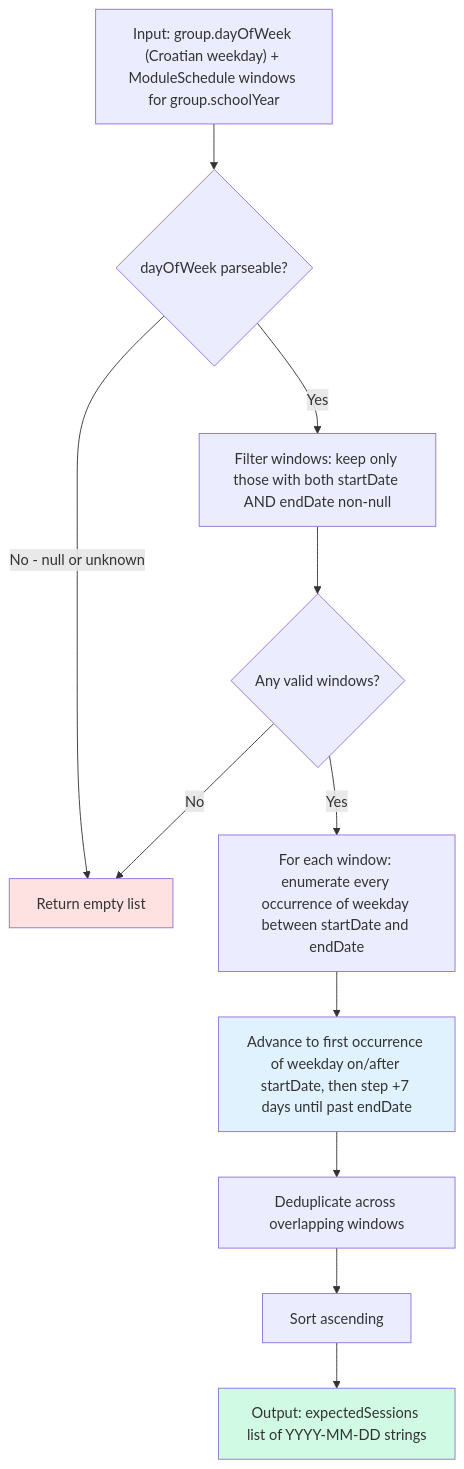
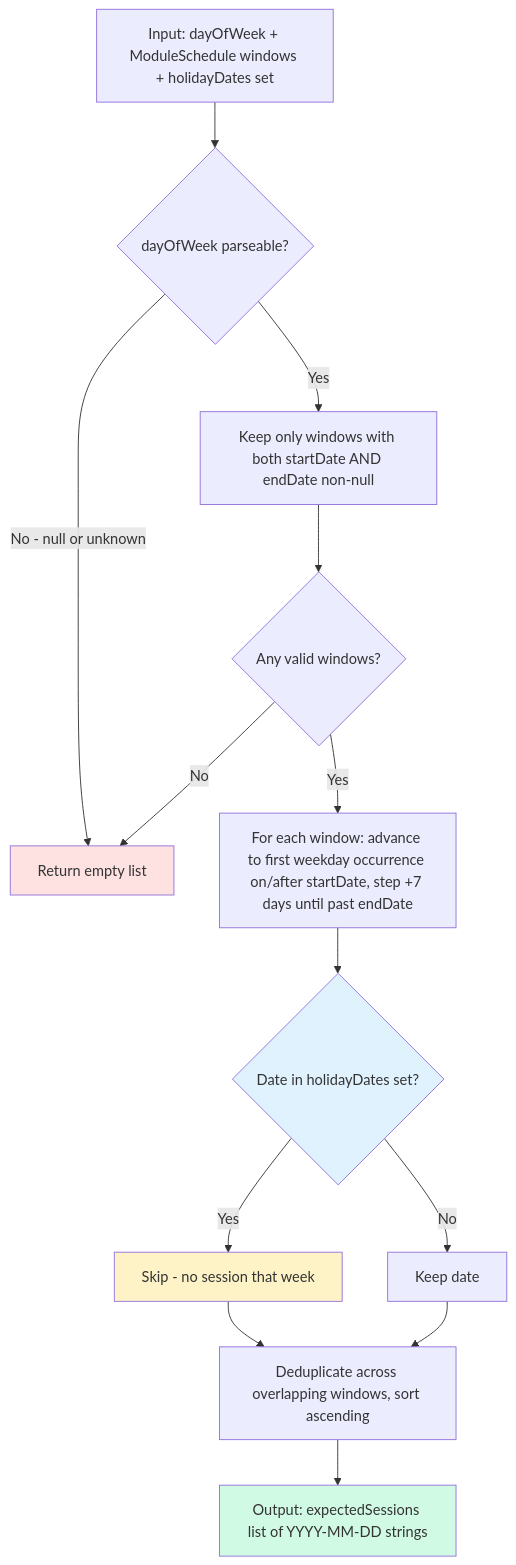
Before and after one commit to jpucic00/inovatic: the second of 6 diagrams in docs/diagrams/attendance-flow.md, drawn with Mermaid. The commit also changed other lines of this file and 2 other files, not shown here.

First line of the commit message:
Update ERD, flowchart, attendance diagrams to match current schema

````diff
--- a/docs/diagrams/attendance-flow.md
+++ b/docs/diagrams/attendance-flow.md
@@ -7,19 +36,20 @@
 ```mermaid
 flowchart TD
-    A["Input: group.dayOfWeek (Croatian weekday) + ModuleSchedule windows for group.schoolYear"] --> B{dayOfWeek parseable?}
+    A["Input: dayOfWeek + ModuleSchedule windows + holidayDates set"] --> B{dayOfWeek parseable?}
     B -->|No - null or unknown| EMPTY[Return empty list]
-    B -->|Yes| C[Filter windows: keep only those with both startDate AND endDate non-null]
-
+    B -->|Yes| C[Keep only windows with both startDate AND endDate non-null]
     C --> D{Any valid windows?}
     D -->|No| EMPTY
-    D -->|Yes| E[For each window: enumerate every occurrence of weekday between startDate and endDate]
-
-    E --> F["Advance to first occurrence of weekday on/after startDate, then step +7 days until past endDate"]
-    F --> G[Deduplicate across overlapping windows]
-    G --> H[Sort ascending]
+    D -->|Yes| E["For each window: advance to first weekday occurrence on/after startDate, step +7 days until past endDate"]
+    E --> F{"Date in holidayDates set?"}
+    F -->|Yes| SKIP[Skip - no session that week]
+    F -->|No| G[Keep date]
+    SKIP --> H[Deduplicate across overlapping windows, sort ascending]
+    G --> H
     H --> I["Output: expectedSessions list of YYYY-MM-DD strings"]
 
     style EMPTY fill:#fee2e2
+    style SKIP fill:#fef3c7
     style I fill:#d1fae5
     style F fill:#e0f2fe
 ```
````
